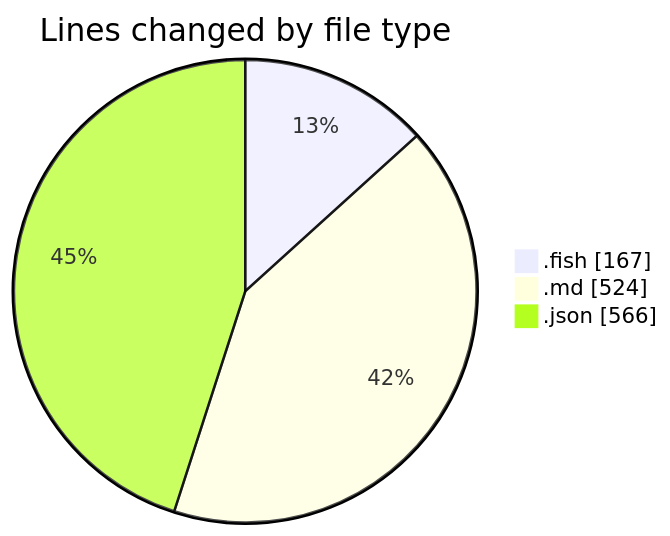
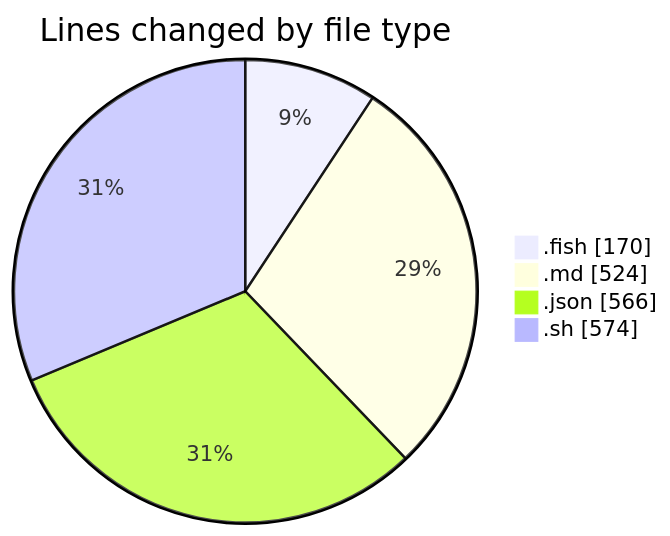
Before and after one commit to EIIisD/code-tracking: the first of 2 diagrams in 2025-07-10/fish/README.md, drawn with Mermaid. The commit also changed other lines of this file and 1 other file, not shown here.

````diff
--- a/2025-07-10/fish/README.md
+++ b/2025-07-10/fish/README.md
@@ -22,7 +23,8 @@
 ```mermaid
 pie showData
 title Lines changed by file type
-".fish" : 167
+".fish" : 170
 ".md" : 524
 ".json" : 566
+".sh" : 574
 ```
````
